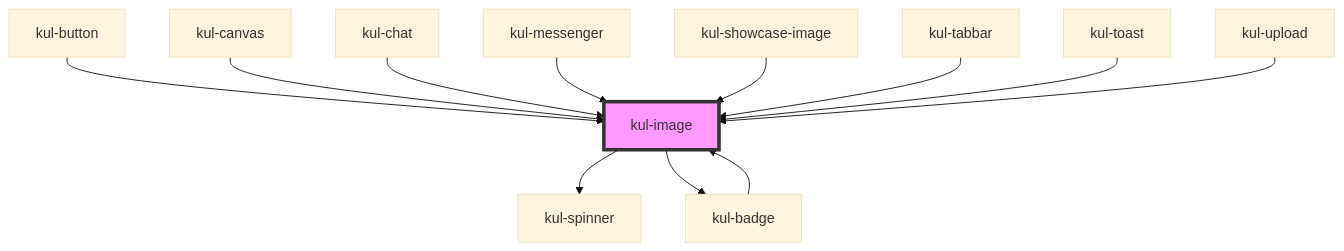
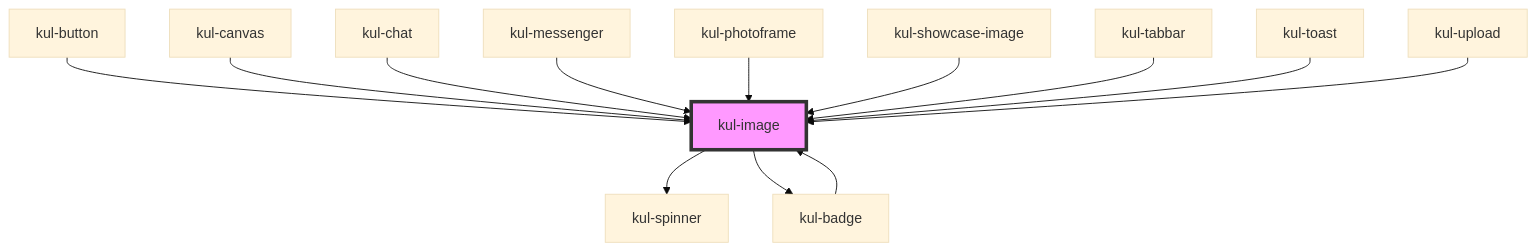
One commit to lucafoscili/ketchup-lite changed the diagram in packages/ketchup-lite/src/components/kul-image/readme.md. Above: the diagram before and after it, drawn with Mermaid (base theme). The commit also changed other lines of this file and 15 other files, not shown here.

````diff
--- a/packages/ketchup-lite/src/components/kul-image/readme.md
+++ b/packages/ketchup-lite/src/components/kul-image/readme.md
@@ -113,15 +114,16 @@
 ```mermaid
 graph TD;
   kul-image --> kul-spinner
   kul-image --> kul-badge
   kul-badge --> kul-image
   kul-button --> kul-image
   kul-canvas --> kul-image
   kul-chat --> kul-image
   kul-messenger --> kul-image
+  kul-photoframe --> kul-image
   kul-showcase-image --> kul-image
   kul-tabbar --> kul-image
   kul-toast --> kul-image
   kul-upload --> kul-image
   style kul-image fill:#f9f,stroke:#333,stroke-width:4px
 ```
````
